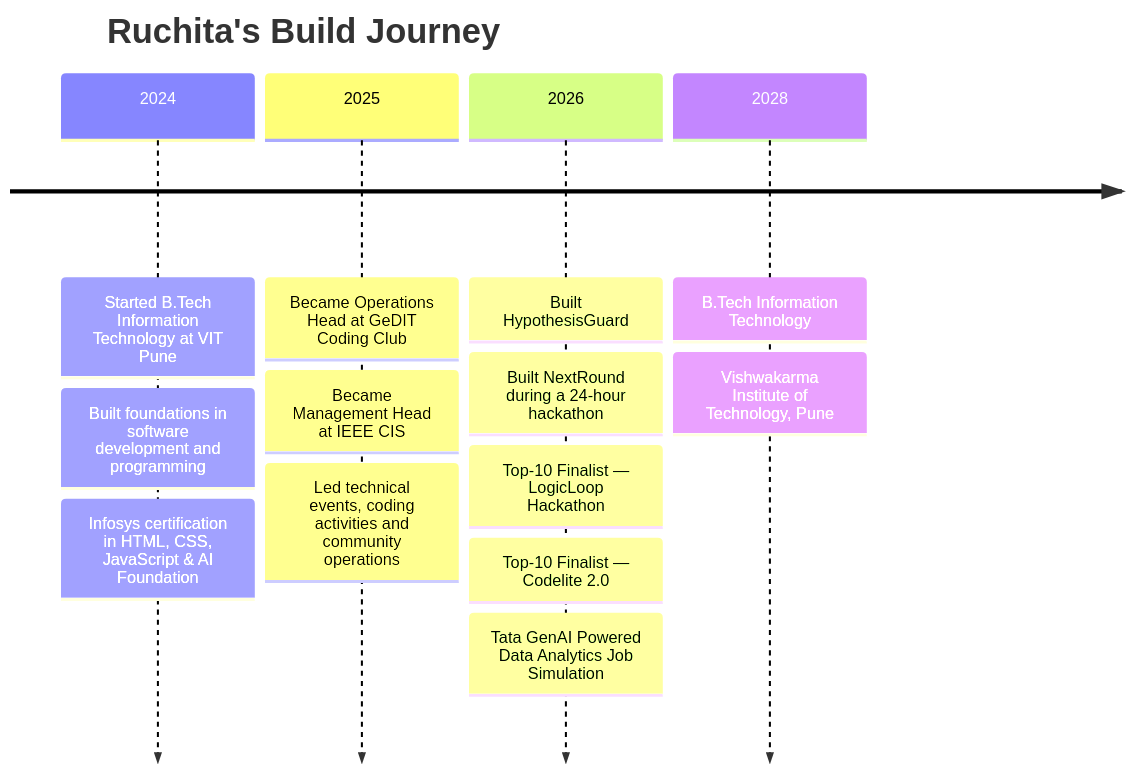
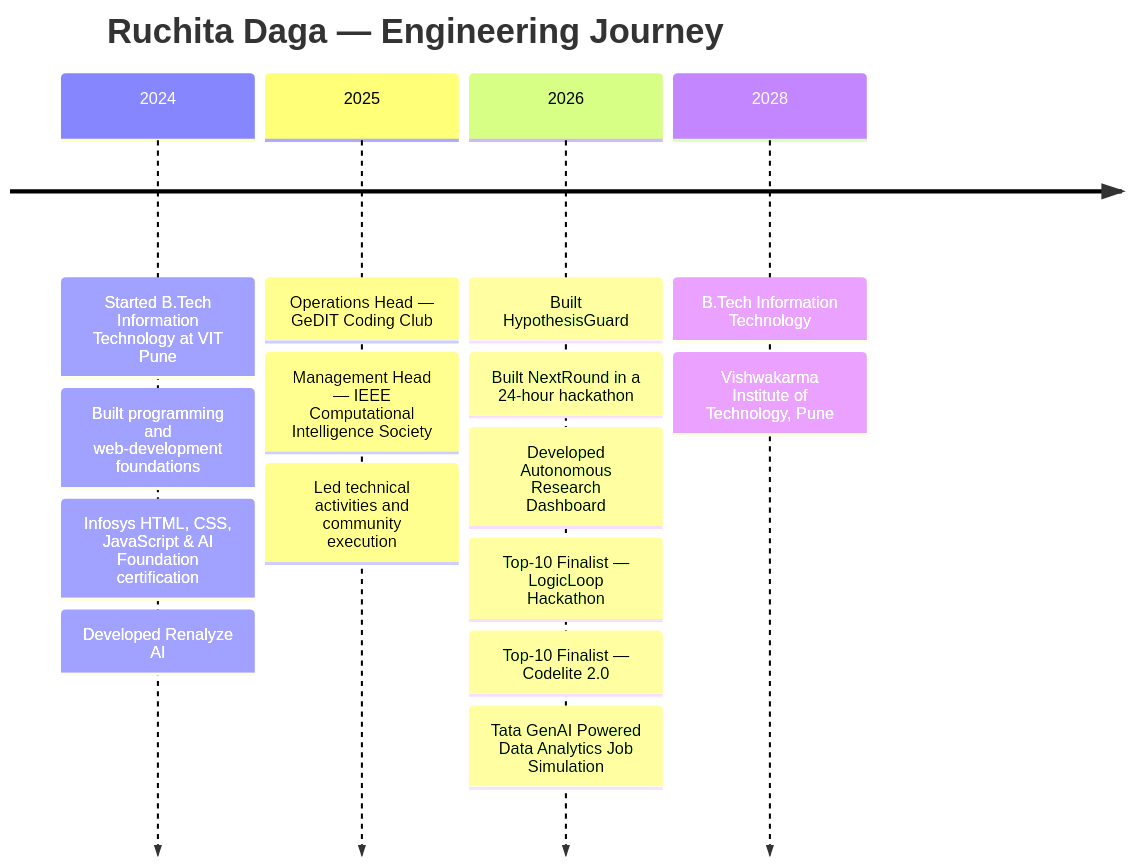
The third of 3 diagrams in README.md (RuchitaDaga/RuchitaDaga), drawn with Mermaid before and after one commit. The commit also changed other lines of this file, not shown here.

````diff
--- a/README.md
+++ b/README.md
@@ -391,21 +817,23 @@
 ```mermaid
 timeline
-    title Ruchita's Build Journey
+    title Ruchita Daga — Engineering Journey
 
     2024 : Started B.Tech Information Technology at VIT Pune
-         : Built foundations in software development and programming
-         : Infosys certification in HTML, CSS, JavaScript & AI Foundation
+         : Built programming and web-development foundations
+         : Infosys HTML, CSS, JavaScript & AI Foundation certification
+         : Developed Renalyze AI
 
-    2025 : Became Operations Head at GeDIT Coding Club
-         : Became Management Head at IEEE CIS
-         : Led technical events, coding activities and community operations
+    2025 : Operations Head — GeDIT Coding Club
+         : Management Head — IEEE Computational Intelligence Society
+         : Led technical activities and community execution
 
     2026 : Built HypothesisGuard
-         : Built NextRound during a 24-hour hackathon
+         : Built NextRound in a 24-hour hackathon
+         : Developed Autonomous Research Dashboard
          : Top-10 Finalist — LogicLoop Hackathon
          : Top-10 Finalist — Codelite 2.0
          : Tata GenAI Powered Data Analytics Job Simulation
 
     2028 : B.Tech Information Technology
          : Vishwakarma Institute of Technology, Pune
 ```
````
